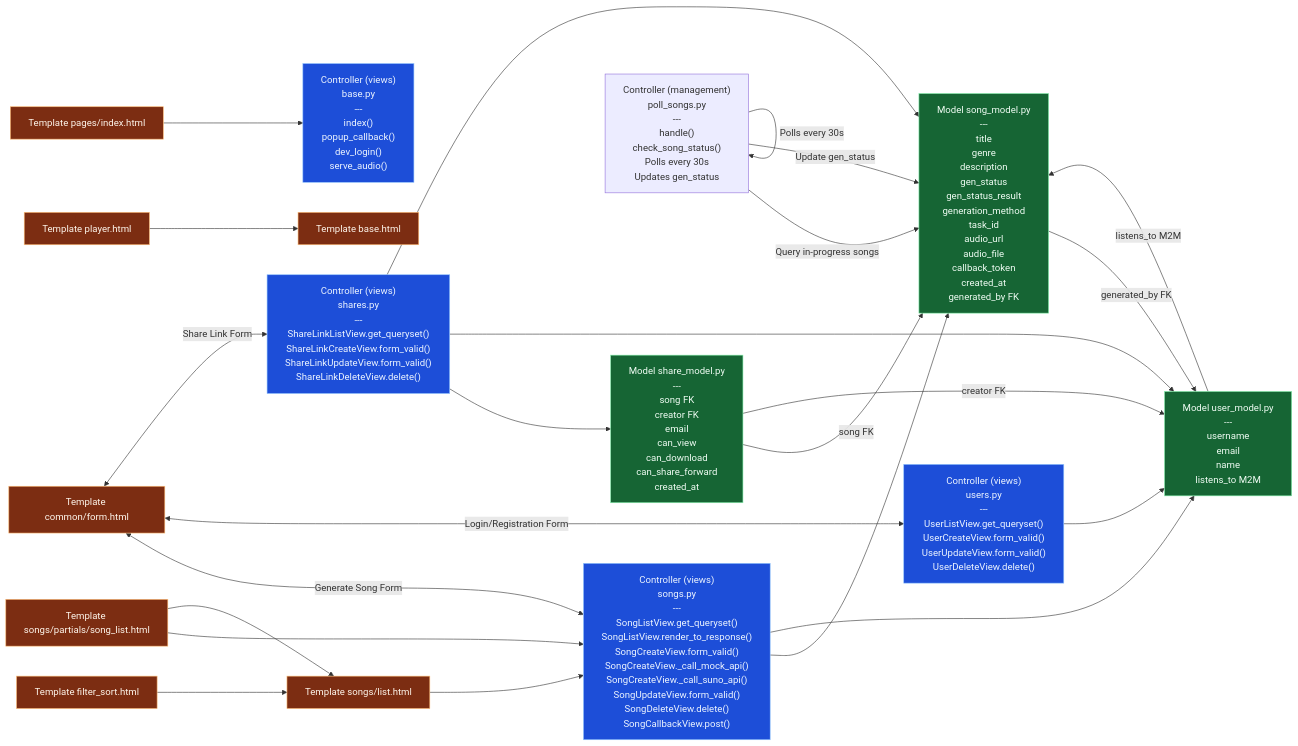
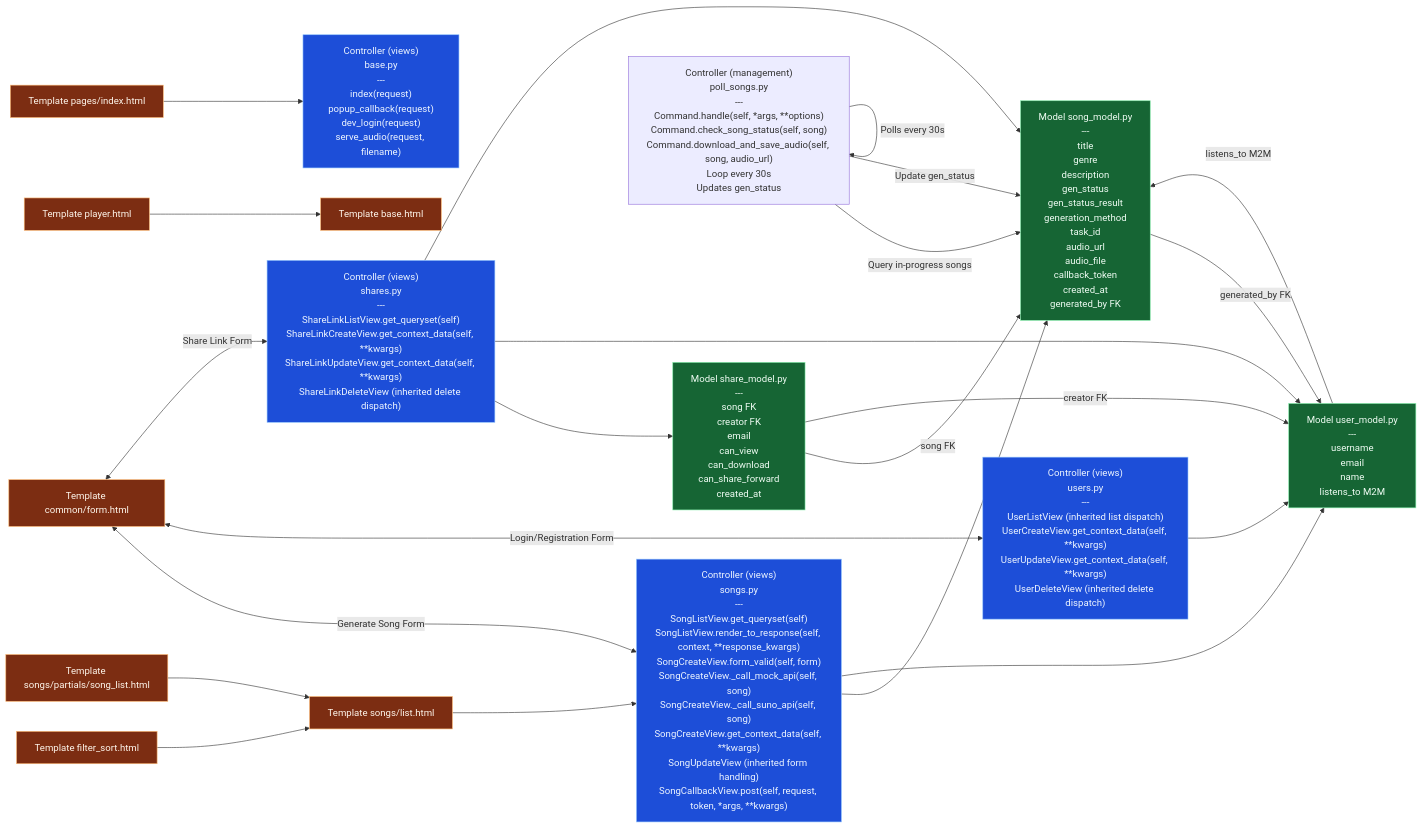
One commit to taamtera/musicprojectdjango changed the first of 2 diagrams in README.md. Above: the diagram before and after it, drawn with Mermaid. The commit also changed other lines of this file, not shown here.

Commit message:
added sequence diagram

````diff
--- a/README.md
+++ b/README.md
@@ -76,64 +76,63 @@
 ```mermaid
 flowchart LR
 
    %% View/Controller Layer
-   VB["Controller (views)<br/>base.py<br/>---<br/>index()<br/>popup_callback()<br/>dev_login()<br/>serve_audio()"]
-   VS["Controller (views)<br/>songs.py<br/>---<br/>SongListView.get_queryset()<br/>SongListView.render_to_response()<br/>SongCreateView.form_valid()<br/>SongCreateView._call_mock_api()<br/>SongCreateView._call_suno_api()<br/>SongUpdateView.form_valid()<br/>SongDeleteView.delete()<br/>SongCallbackView.post()"]
-   VU["Controller (views)<br/>users.py<br/>---<br/>UserListView.get_queryset()<br/>UserCreateView.form_valid()<br/>UserUpdateView.form_valid()<br/>UserDeleteView.delete()"]
-   VSH["Controller (views)<br/>shares.py<br/>---<br/>ShareLinkListView.get_queryset()<br/>ShareLinkCreateView.form_valid()<br/>ShareLinkUpdateView.form_valid()<br/>ShareLinkDeleteView.delete()"]
-   VP["Controller (management)<br/>poll_songs.py<br/>---<br/>handle()<br/>check_song_status()<br/>Polls every 30s<br/>Updates gen_status"]
+   VB["Controller (views)<br/>base.py<br/>---<br/>index(request)<br/>popup_callback(request)<br/>dev_login(request)<br/>serve_audio(request, filename)"]
+   VS["Controller (views)<br/>songs.py<br/>---<br/>SongListView.get_queryset(self)<br/>SongListView.render_to_response(self, context, **response_kwargs)<br/>SongCreateView.form_valid(self, form)<br/>SongCreateView._call_mock_api(self, song)<br/>SongCreateView._call_suno_api(self, song)<br/>SongCreateView.get_context_data(self, **kwargs)<br/>SongUpdateView (inherited form handling)<br/>SongCallbackView.post(self, request, token, *args, **kwargs)"]
+   VU["Controller (views)<br/>users.py<br/>---<br/>UserListView (inherited list dispatch)<br/>UserCreateView.get_context_data(self, **kwargs)<br/>UserUpdateView.get_context_data(self, **kwargs)<br/>UserDeleteView (inherited delete dispatch)"]
+   VSH["Controller (views)<br/>shares.py<br/>---<br/>ShareLinkListView.get_queryset(self)<br/>ShareLinkCreateView.get_context_data(self, **kwargs)<br/>ShareLinkUpdateView.get_context_data(self, **kwargs)<br/>ShareLinkDeleteView (inherited delete dispatch)"]
+   VP["Controller (management)<br/>poll_songs.py<br/>---<br/>Command.handle(self, *args, **options)<br/>Command.check_song_status(self, song)<br/>Command.download_and_save_audio(self, song, audio_url)<br/>Loop every 30s<br/>Updates gen_status"]
 
    %% Model Layer
    MU["Model user_model.py<br/>---<br/>username<br/>email<br/>name<br/>listens_to M2M"]
    MS["Model song_model.py<br/>---<br/>title<br/>genre<br/>description<br/>gen_status<br/>gen_status_result<br/>generation_method<br/>task_id<br/>audio_url<br/>audio_file<br/>callback_token<br/>created_at<br/>generated_by FK"]
    MSL["Model share_model.py<br/>---<br/>song FK<br/>creator FK<br/>email<br/>can_view<br/>can_download<br/>can_share_forward<br/>created_at"]
 
    %% Template Layer
    TB["Template base.html"]
    TP["Template player.html"]
    TF["Template filter_sort.html"]
    TL["Template songs/list.html"]
    TLP["Template songs/partials/song_list.html"]
    TFORM["Template common/form.html"]
    TINDEX["Template pages/index.html"]
 
    %% View to models
    VS --> MS
    VS --> MU
    VU --> MU
    VSH --> MSL
    VSH --> MU
    VSH --> MS
    VP -->|Query in-progress songs| MS
    VP -->|Update gen_status| MS
    VP -->|Polls every 30s| VP
 
    %% Model relations
    MU -->|listens_to M2M| MS
    MS -->|generated_by FK| MU
    MSL -->|song FK| MS
    MSL -->|creator FK| MU
 
    %% Template to views
    TINDEX --> VB 
-   TL --> VS 
-   TLP --> VS 
+   TL --> VS  
    TFORM <--> |Generate Song Form| VS 
    TFORM <--> |Login/Registration Form| VU 
    TFORM <--> |Share Link Form| VSH 
 
    %% Template composition
    TF --> TL
    TLP --> TL
    TP --> TB
 
    %% Color coding: M / V / T (+ routes)
    classDef route fill:#1f2937,stroke:#9ca3af,color:#f9fafb,stroke-width:1px;
    classDef view fill:#1d4ed8,stroke:#93c5fd,color:#eff6ff,stroke-width:1px;
    classDef model fill:#166534,stroke:#86efac,color:#f0fdf4,stroke-width:1px;
    classDef template fill:#7c2d12,stroke:#fdba74,color:#fff7ed,stroke-width:1px;
 
    class VB,VS,VU,VSH view;
    class MU,MS,MSL model;
    class TB,TP,TF,TL,TLP,TFORM,TINDEX template;
 ```
````
